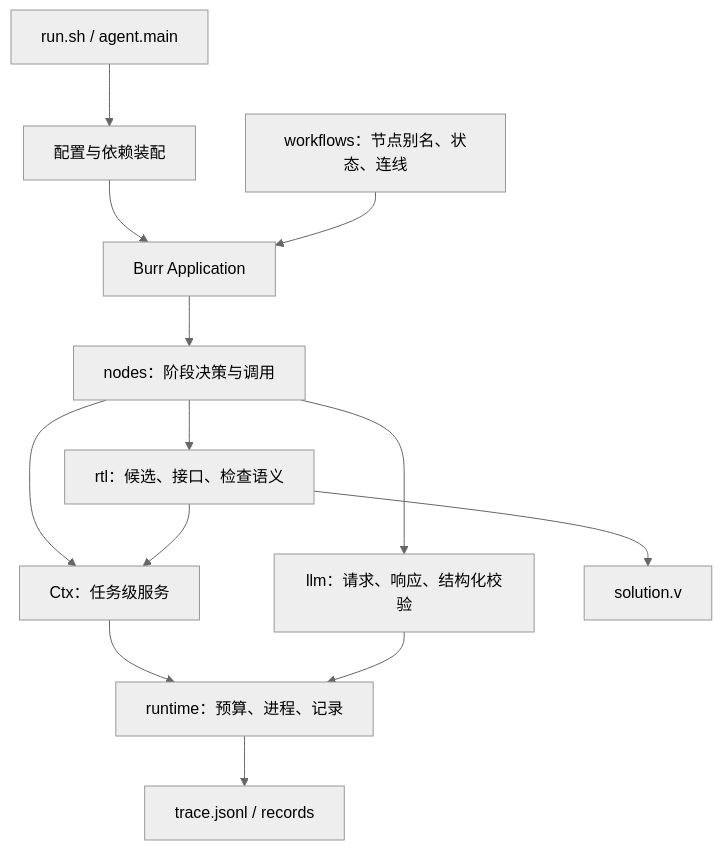
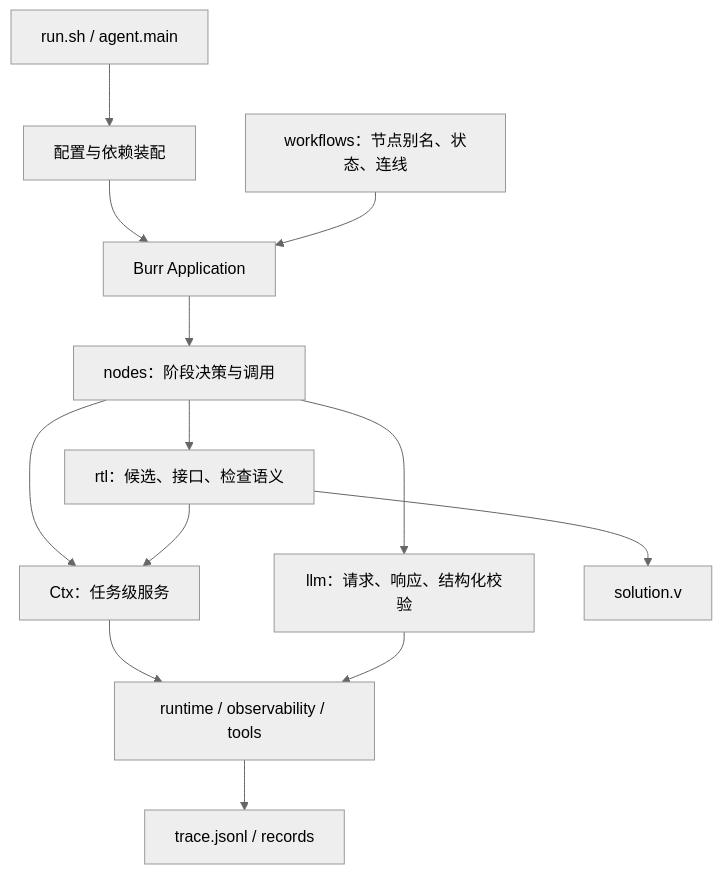
Before and after one commit to gugugu531/43240_rtlagent: the diagram in docs/architecture.md, drawn with Mermaid (neutral theme). The commit also changed other lines of this file and 133 other files, not shown here.

````diff
--- a/docs/architecture.md
+++ b/docs/architecture.md
@@ -20,15 +20,15 @@
 ```mermaid
 flowchart TD
     Entry[run.sh / agent.main] --> Config[配置与依赖装配]
     Config --> Graph[Burr Application]
     Workflows[workflows：节点别名、状态、连线] --> Graph
     Graph --> Nodes[nodes：阶段决策与调用]
     Nodes --> Domain[rtl：候选、接口、检查语义]
     Nodes --> Model[llm：请求、响应、结构化校验]
     Nodes --> Context[Ctx：任务级服务]
     Domain --> Context
-    Context --> Runtime[runtime：预算、进程、记录]
+    Context --> Runtime[runtime / observability / tools]
     Model --> Runtime
     Runtime --> Evidence[trace.jsonl / records]
     Domain --> Answer[solution.v]
 ```
````
